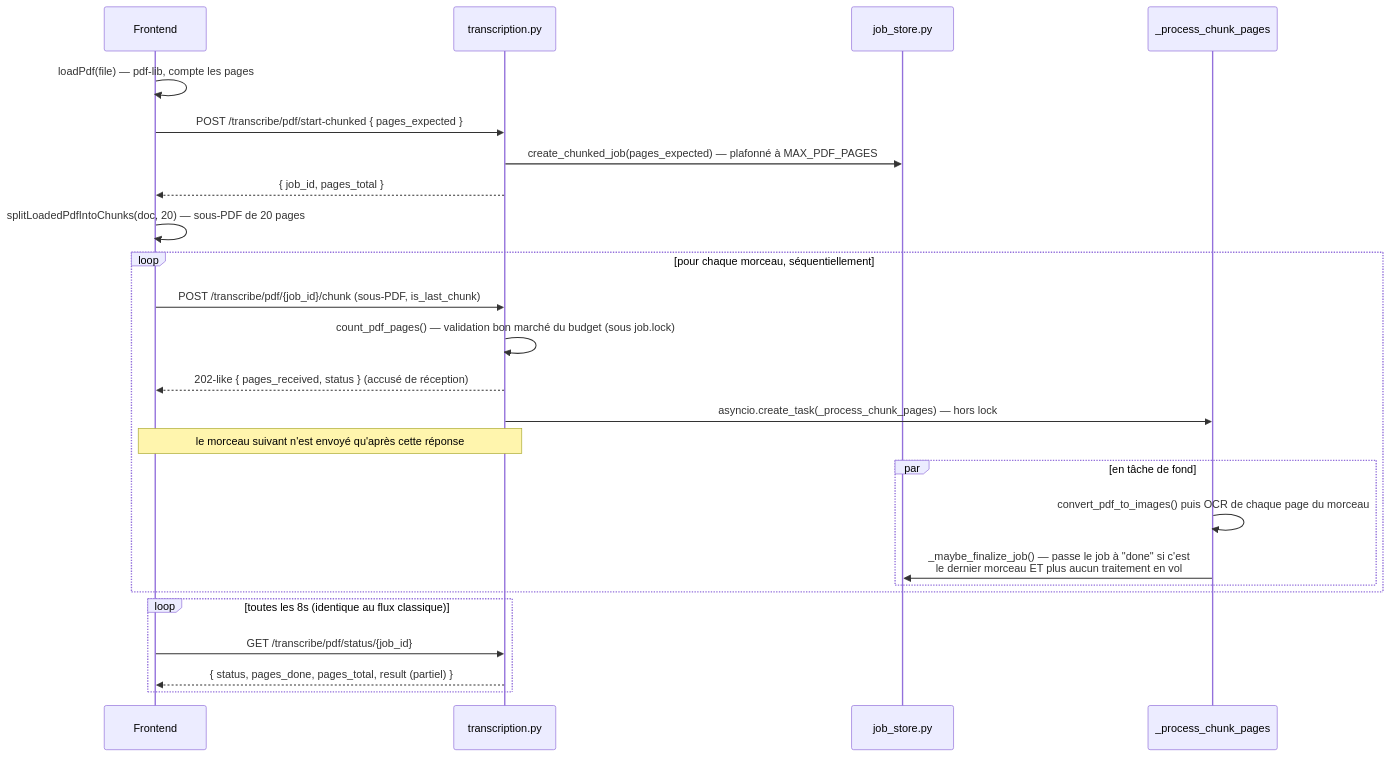
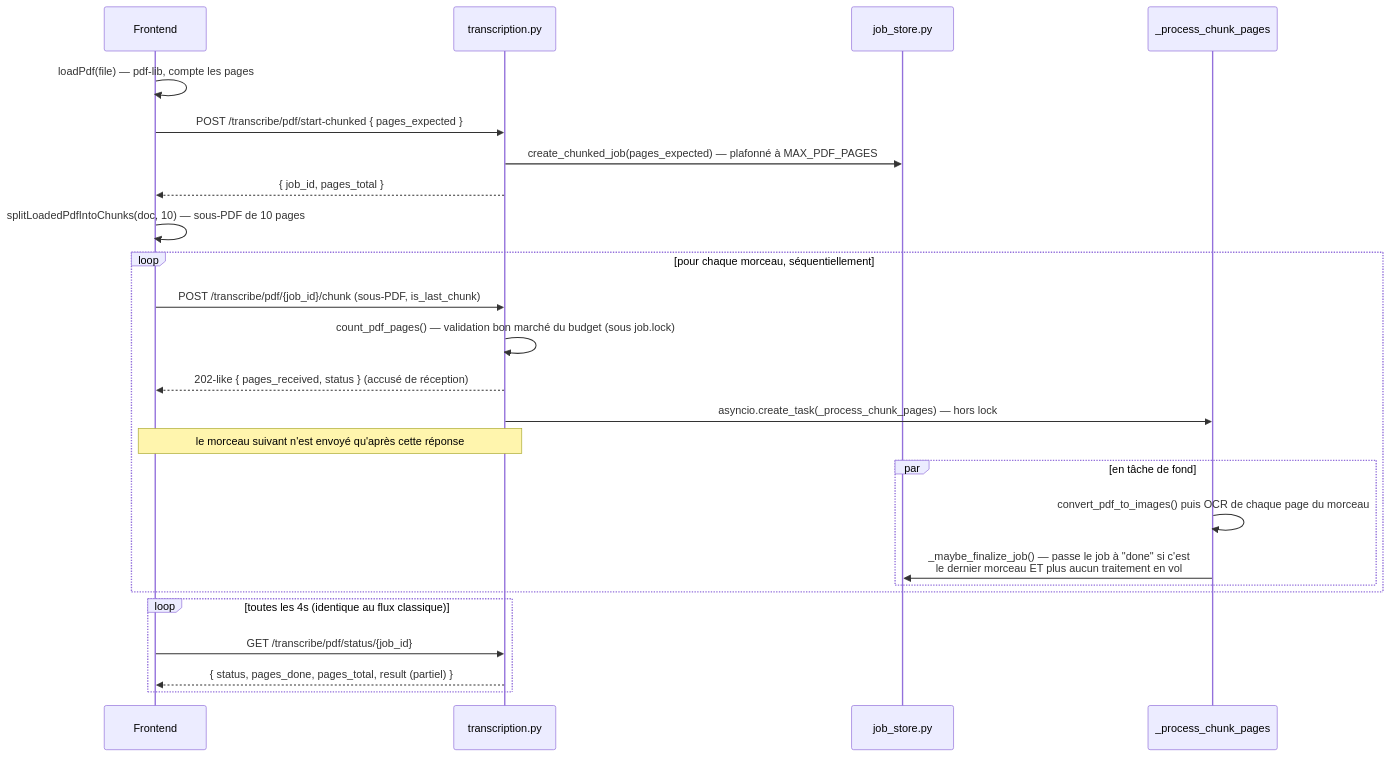
One commit to hakili-lab/Hakili-Ocr-Specialise changed the diagram in docs/architecture/04-flux-pdf-chunke.md. Above: the diagram before and after it, drawn with Mermaid. The commit also changed other lines of this file and 14 other files, not shown here.

````diff
--- a/docs/architecture/04-flux-pdf-chunke.md
+++ b/docs/architecture/04-flux-pdf-chunke.md
@@ -33,30 +33,30 @@
 ```mermaid
 sequenceDiagram
     participant FE as Frontend
     participant R as transcription.py
     participant JS as job_store.py
     participant BG as _process_chunk_pages
 
     FE->>FE: loadPdf(file) — pdf-lib, compte les pages
     FE->>R: POST /transcribe/pdf/start-chunked { pages_expected }
     R->>JS: create_chunked_job(pages_expected) — plafonné à MAX_PDF_PAGES
     R-->>FE: { job_id, pages_total }
-    FE->>FE: splitLoadedPdfIntoChunks(doc, 20) — sous-PDF de 20 pages
+    FE->>FE: splitLoadedPdfIntoChunks(doc, 10) — sous-PDF de 10 pages
 
     loop pour chaque morceau, séquentiellement
         FE->>R: POST /transcribe/pdf/{job_id}/chunk (sous-PDF, is_last_chunk)
         R->>R: count_pdf_pages() — validation bon marché du budget (sous job.lock)
         R-->>FE: 202-like { pages_received, status } (accusé de réception)
         R->>BG: asyncio.create_task(_process_chunk_pages) — hors lock
         Note over FE,R: le morceau suivant n'est envoyé qu'après cette réponse
         par en tâche de fond
             BG->>BG: convert_pdf_to_images() puis OCR de chaque page du morceau
             BG->>JS: _maybe_finalize_job() — passe le job à "done" si c'est<br/>le dernier morceau ET plus aucun traitement en vol
         end
     end
 
-    loop toutes les 8s (identique au flux classique)
+    loop toutes les 4s (identique au flux classique)
         FE->>R: GET /transcribe/pdf/status/{job_id}
         R-->>FE: { status, pages_done, pages_total, result (partiel) }
     end
 ```
````
